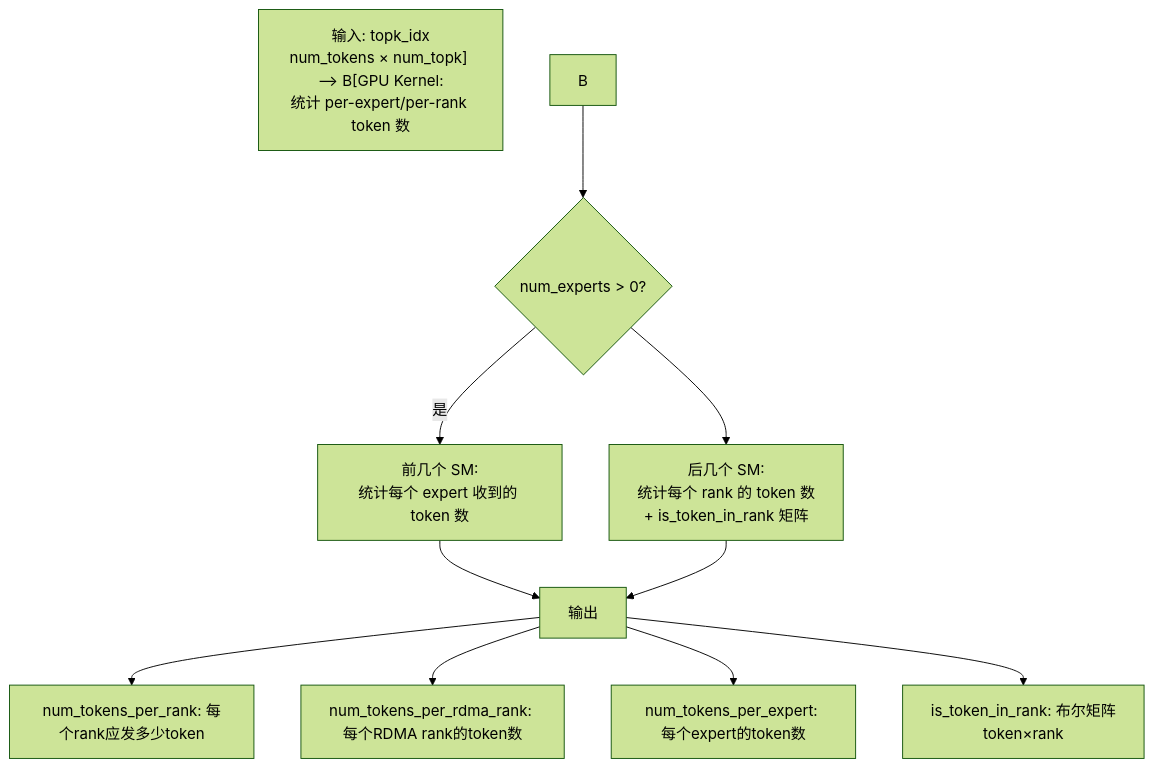
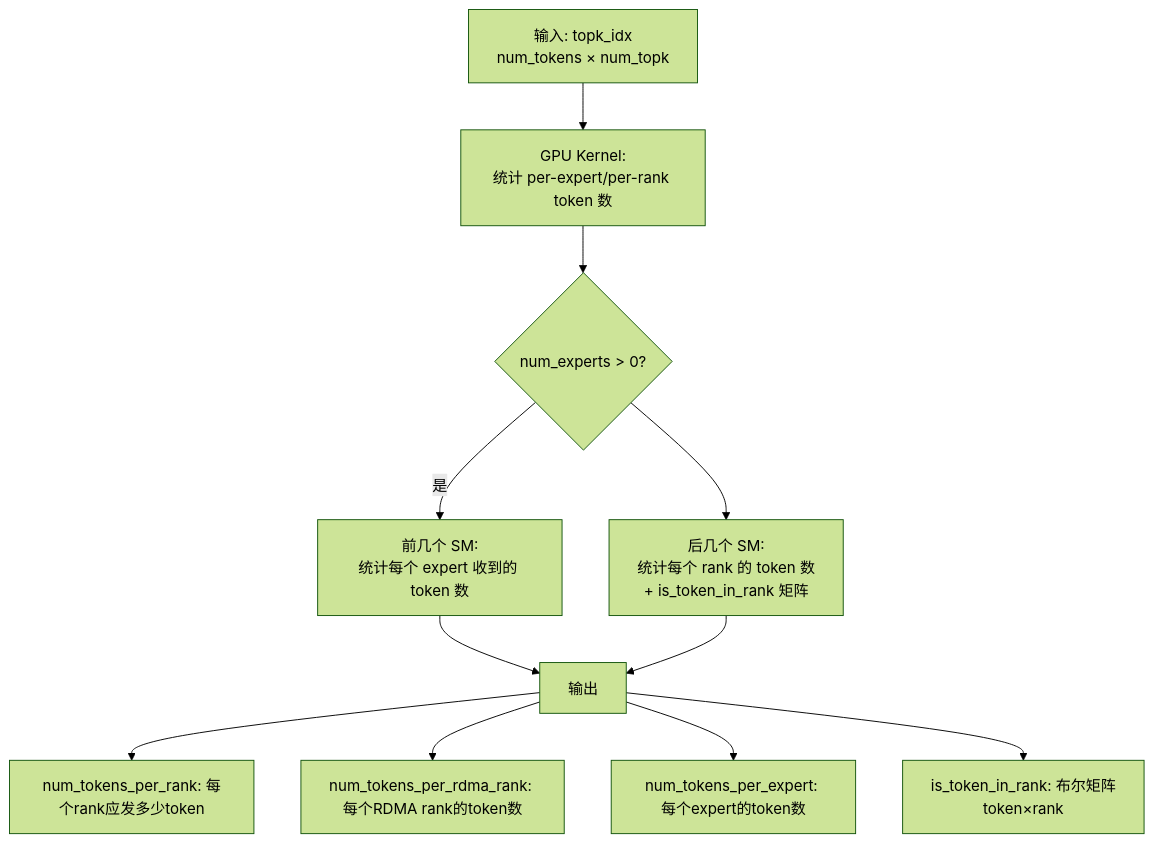
The fourth of 19 diagrams in glm5.1_ep.md (s0okiym/share), drawn with Mermaid (forest theme) before and after one commit. The commit also changed other lines of this file, not shown here.

````diff
--- a/glm5.1_ep.md
+++ b/glm5.1_ep.md
@@ -153,13 +153,13 @@
 ```mermaid
 flowchart TD
-    A["输入: topk_idx<br/>num_tokens × num_topk] --> B[GPU Kernel:<br/>统计 per-expert/per-rank token 数"]
+    A["输入: topk_idx<br/>num_tokens × num_topk"] --> B["GPU Kernel:<br/>统计 per-expert/per-rank token 数"]
     B --> C{num_experts > 0?}
     C -->|是| D["前几个 SM:<br/>统计每个 expert 收到的 token 数"]
     C --> E["后几个 SM:<br/>统计每个 rank 的 token 数<br/>+ is_token_in_rank 矩阵"]
     D --> F[输出]
     E --> F
     F --> G[num_tokens_per_rank: 每个rank应发多少token]
     F --> H[num_tokens_per_rdma_rank: 每个RDMA rank的token数]
     F --> I[num_tokens_per_expert: 每个expert的token数]
     F --> J["is_token_in_rank: 布尔矩阵<br/>token×rank"]
 ```
````
